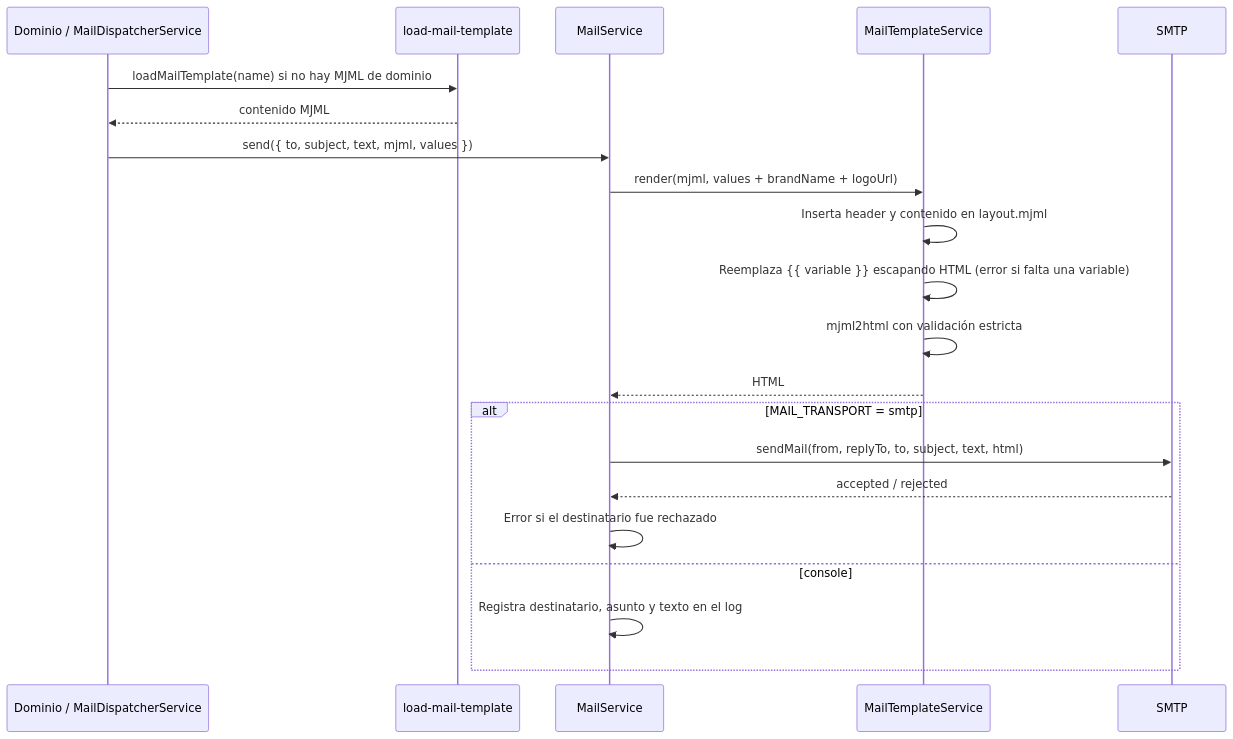
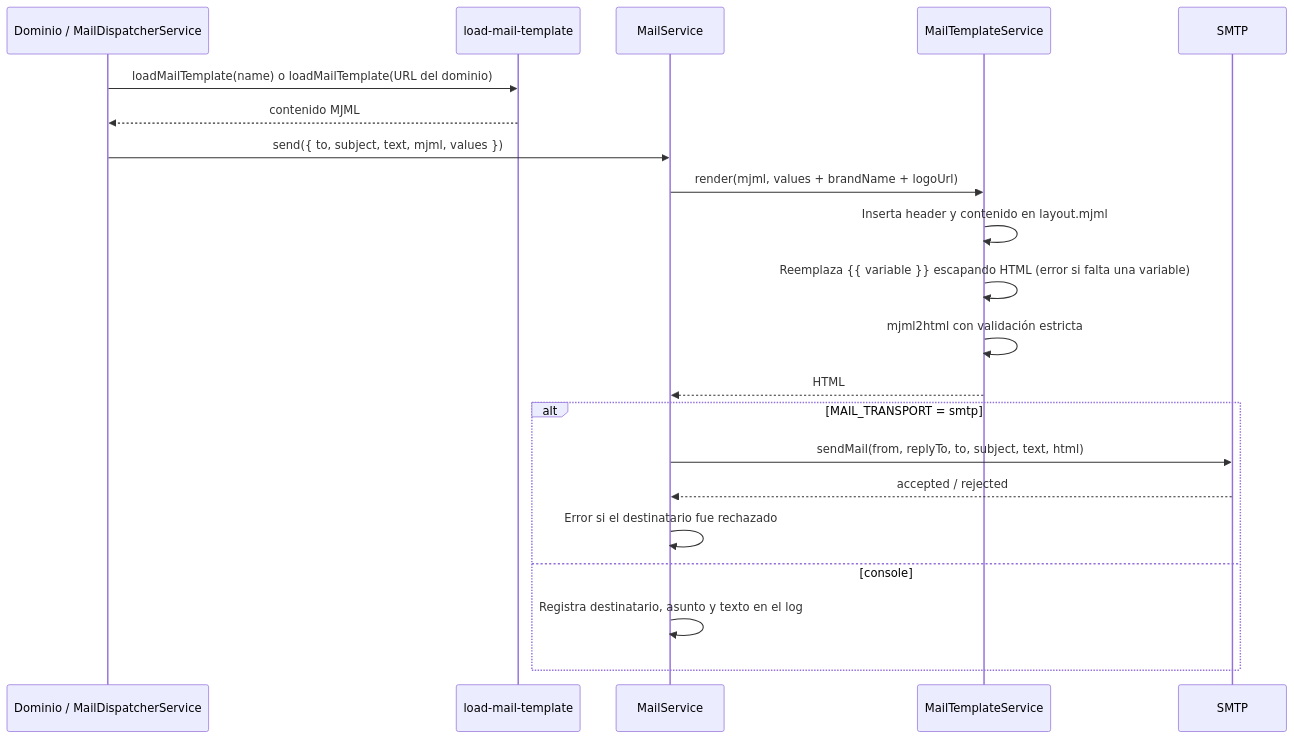
Before and after one commit to UMSSY/umssy-app: the second of 2 diagrams in docs/mail/README.md, drawn with Mermaid. The commit also changed other lines of this file and 8 other files, not shown here.

Commit message:
refactor(surveys): reuse shared mail template loader and update docs

````diff
--- a/docs/mail/README.md
+++ b/docs/mail/README.md
@@ -29,23 +32,23 @@
 ```mermaid
 sequenceDiagram
   participant D as Dominio / MailDispatcherService
   participant H as load-mail-template
   participant M as MailService
   participant T as MailTemplateService
   participant S as SMTP
-  D->>H: loadMailTemplate(name) si no hay MJML de dominio
+  D->>H: loadMailTemplate(name) o loadMailTemplate(URL del dominio)
   H-->>D: contenido MJML
   D->>M: send({ to, subject, text, mjml, values })
   M->>T: render(mjml, values + brandName + logoUrl)
   T->>T: Inserta header y contenido en layout.mjml
   T->>T: Reemplaza {{ variable }} escapando HTML (error si falta una variable)
   T->>T: mjml2html con validación estricta
   T-->>M: HTML
   alt MAIL_TRANSPORT = smtp
     M->>S: sendMail(from, replyTo, to, subject, text, html)
     S-->>M: accepted / rejected
     M->>M: Error si el destinatario fue rechazado
   else console
     M->>M: Registra destinatario, asunto y texto en el log
   end
 ```
````
